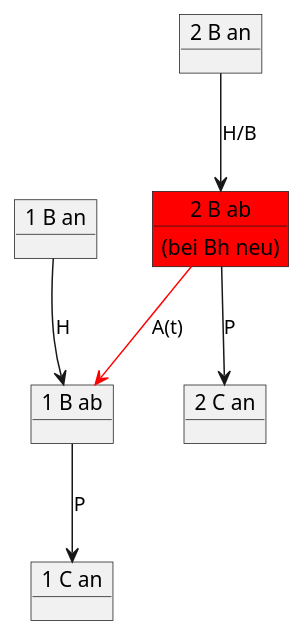
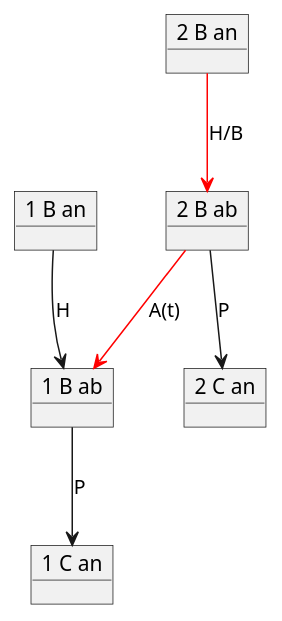
Before and after one commit to topological-state/stskit: the diagram in docs/dispo-abfahrt-abwarten.puml, drawn with PlantUML. The commit also changed 1 other file, not shown here.

```diff
--- a/docs/dispo-abfahrt-abwarten.puml
+++ b/docs/dispo-abfahrt-abwarten.puml
@@ -1,27 +1,25 @@
 @startuml
 'https://plantuml.com/object-diagram
 
 'Ueberholung
 'Abfahrt abwarten
 
 'Zug 1
 object "1 B an" as B1an
 object "1 B ab" as B1ab
 object "1 C an" as C1an
 
 B1an --> B1ab : H
 B1ab --> C1an: P
 
 'Zug 2
 object "2 B an" as B2an
-object "2 B ab" as B2ab #red {
-(bei Bh neu)
-}
+object "2 B ab" as B2ab
 object "2 C an" as C2an
 
-B2an --> B2ab: H/B
+B2an --[#red]> B2ab: H/B
 B2ab --> C2an: P
 
 B2ab --[#red]> B1ab : A(t)
 
 @enduml
```
